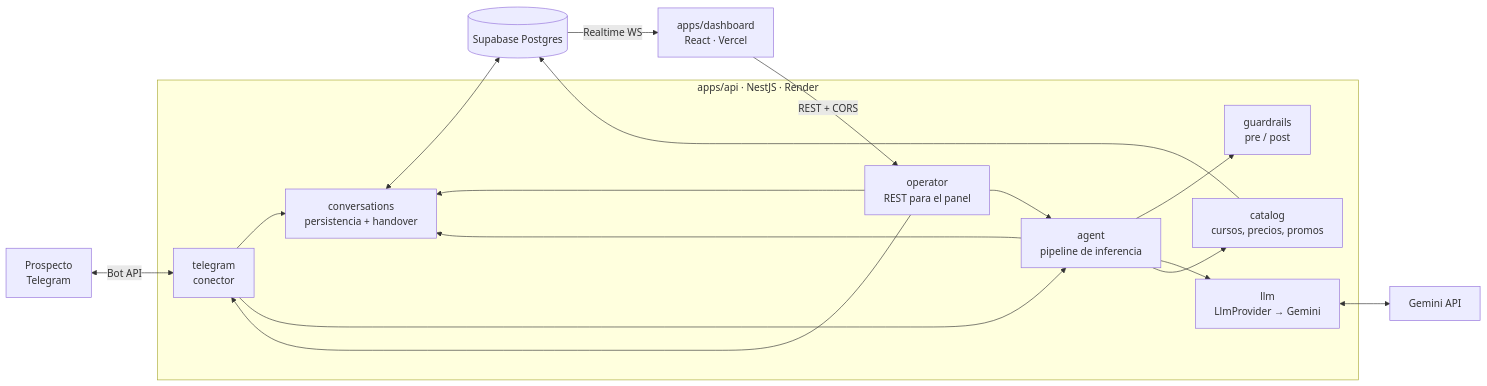
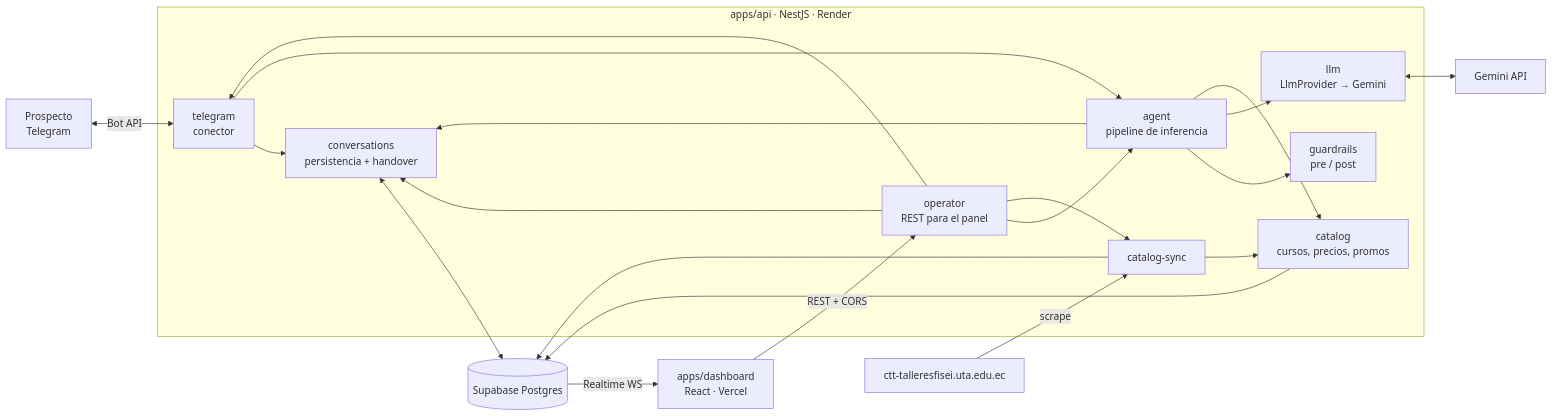
Before and after one commit to DaGeus15/helpdesk_agent_uta: the first of 3 diagrams in docs/ARCHITECTURE.md, drawn with Mermaid. The commit also changed other lines of this file and 19 other files, not shown here.

First line of the commit message:
feat: sincronización automática del catálogo desde ctt-talleresfisei.uta.edu.ec

````diff
--- a/docs/ARCHITECTURE.md
+++ b/docs/ARCHITECTURE.md
@@ -17,20 +17,24 @@
 ```mermaid
 flowchart LR
     U[Prospecto<br/>Telegram] <-->|Bot API| TG[telegram<br/>conector]
+    WEB[ctt-talleresfisei.uta.edu.ec] -->|scrape| SYNC[catalog-sync]
     subgraph API[apps/api · NestJS · Render]
         TG --> CONV[conversations<br/>persistencia + handover]
         TG --> AG[agent<br/>pipeline de inferencia]
         AG --> GR[guardrails<br/>pre / post]
         AG --> LLM[llm<br/>LlmProvider → Gemini]
         AG --> CAT[catalog<br/>cursos, precios, promos]
         AG --> CONV
+        SYNC --> CAT
         OP[operator<br/>REST para el panel] --> CONV
         OP --> TG
         OP --> AG
+        OP --> SYNC
     end
     CONV <--> DB[(Supabase Postgres)]
     CAT --> DB
+    SYNC --> DB
     DB -- Realtime WS --> D[apps/dashboard<br/>React · Vercel]
     D -- REST + CORS --> OP
     LLM <--> G[Gemini API]
 ```
````
